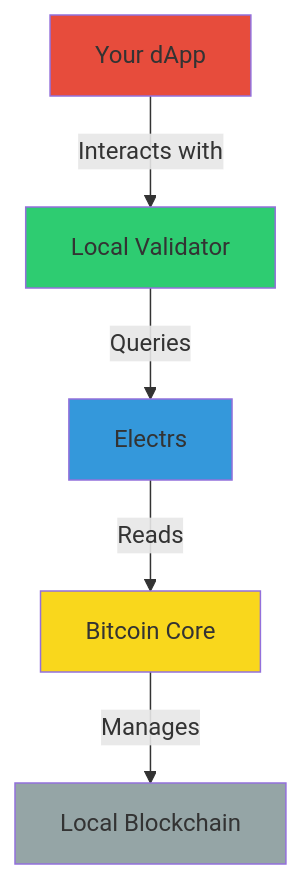
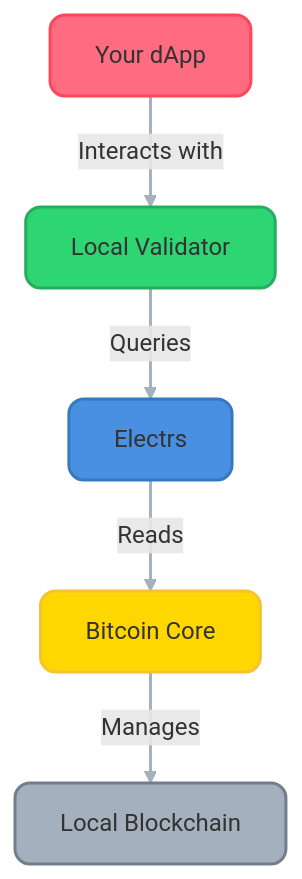
The second of 2 diagrams in src/getting-started/bitcoin-and-electrs-setup.md (Arch-Network/book), drawn with Mermaid before and after one commit. The commit also changed other lines of this file and 17 other files, not shown here.

````diff
--- a/src/getting-started/bitcoin-and-electrs-setup.md
+++ b/src/getting-started/bitcoin-and-electrs-setup.md
@@ -7,12 +62,19 @@
 ```mermaid
 graph TD
     A[Your dApp] -->|Interacts with| B[Local Validator]
     B -->|Queries| C[Electrs]
     C -->|Reads| D[Bitcoin Core]
     D -->|Manages| E[Local Blockchain]
-    style A fill:#e74c3c
-    style B fill:#2ecc71
-    style C fill:#3498db
-    style D fill:#f9d71c
-    style E fill:#95a5a6
+    classDef default fill:#f8f9fa,stroke:#dee2e6,stroke-width:2px,rx:10px,ry:10px
+    classDef dapp fill:#ff6b81,stroke:#ff4757,stroke-width:2px,rx:10px,ry:10px
+    classDef validator fill:#2ed573,stroke:#26ae60,stroke-width:2px,rx:10px,ry:10px
+    classDef electrs fill:#4a90e2,stroke:#357abd,stroke-width:2px,rx:10px,ry:10px
+    classDef bitcoin fill:#ffd700,stroke:#f4c430,stroke-width:2px,rx:10px,ry:10px
+    classDef blockchain fill:#a4b0be,stroke:#747d8c,stroke-width:2px,rx:10px,ry:10px
+    class A dapp
+    class B validator
+    class C electrs
+    class D bitcoin
+    class E blockchain
+    linkStyle default stroke:#a4b0be,stroke-width:2px
 ```
````
